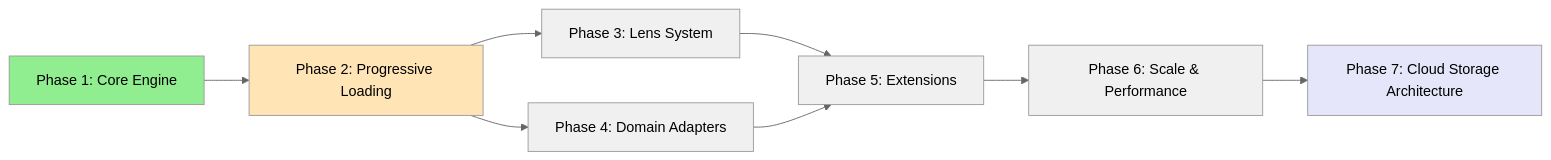
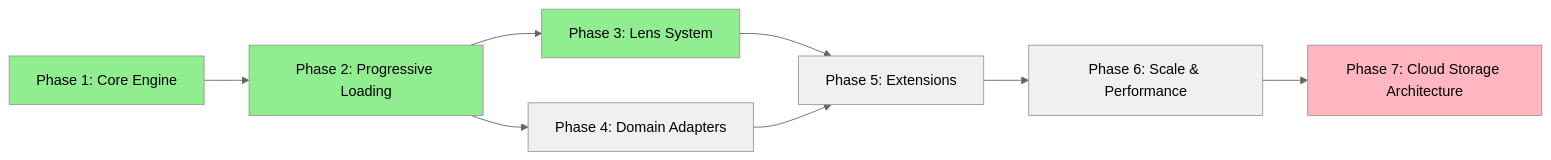
The diagram in context-network/planning/roadmap.md (jwynia/corticai), drawn with Mermaid (neutral theme) before and after one commit. The commit also changed other lines of this file and 19 other files, not shown here.

````diff
--- a/context-network/planning/roadmap.md
+++ b/context-network/planning/roadmap.md
@@ -18,18 +18,18 @@
 ```mermaid
 graph LR
     A[Phase 1: Core Engine] --> B[Phase 2: Progressive Loading]
     B --> C[Phase 3: Lens System]
     B --> D[Phase 4: Domain Adapters]
     C --> E[Phase 5: Extensions]
     D --> E
     E --> F[Phase 6: Scale & Performance]
     F --> G[Phase 7: Cloud Storage Architecture]
 
     style A fill:#90EE90
-    style B fill:#FFE4B5
-    style C fill:#F0F0F0
+    style B fill:#90EE90
+    style C fill:#90EE90
     style D fill:#F0F0F0
     style E fill:#F0F0F0
     style F fill:#F0F0F0
-    style G fill:#E6E6FA
+    style G fill:#FFB6C1
 ```
````
